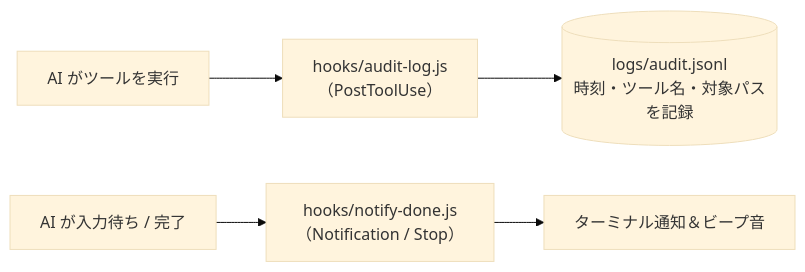
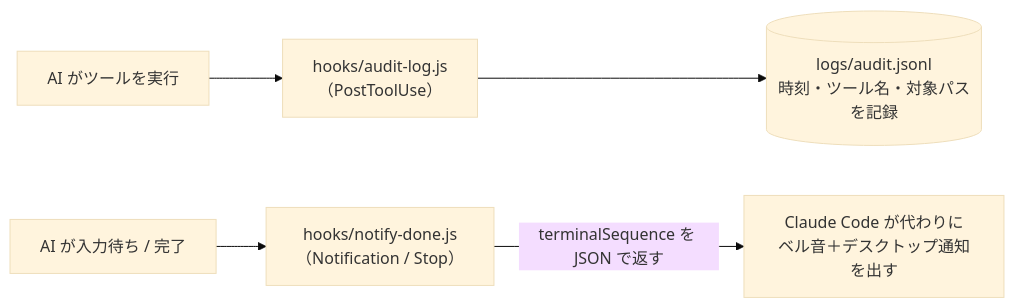
The diagram in hook-guide/samples/05-audit-and-notify/README.md (safubuki/agent-study), drawn with Mermaid (base theme) before and after one commit. The commit also changed other lines of this file and 47 other files, not shown here.

````diff
--- a/hook-guide/samples/05-audit-and-notify/README.md
+++ b/hook-guide/samples/05-audit-and-notify/README.md
@@ -7,7 +7,7 @@
 ```mermaid
 flowchart LR
     T["AI がツールを実行"] --> A["hooks/audit-log.js<br/>（PostToolUse）"]
     A --> L[("logs/audit.jsonl<br/>時刻・ツール名・対象パスを記録")]
     N["AI が入力待ち / 完了"] --> B["hooks/notify-done.js<br/>（Notification / Stop）"]
-    B --> S["ターミナル通知＆ビープ音"]
+    B -->|"terminalSequence を JSON で返す"| C["Claude Code が代わりに<br/>ベル音＋デスクトップ通知を出す"]
 ```
````
